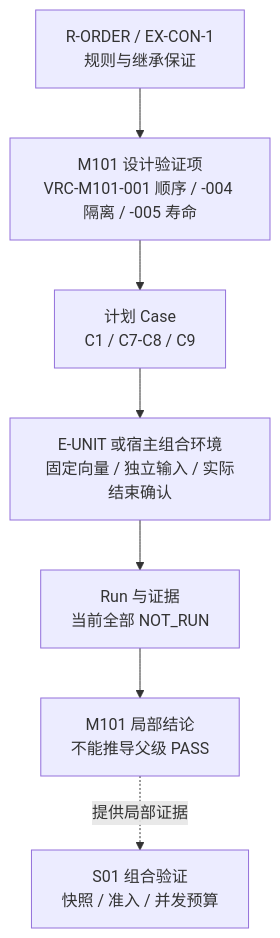
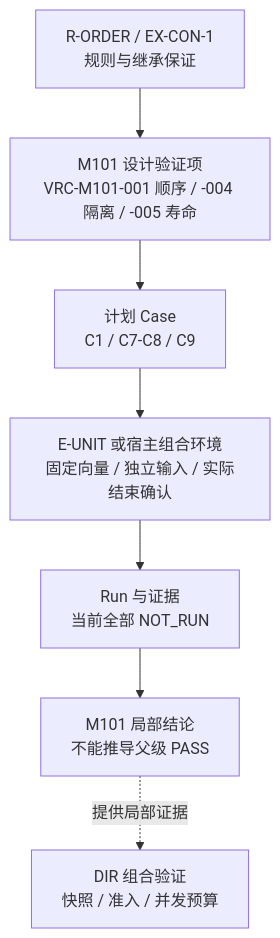
Diagram 11 of 11 in templates/design/design-definition.md (corezilla/STD), drawn with Mermaid before and after one commit. The commit also changed other lines of this file and 18 other files, not shown here.

````diff
--- a/templates/design/design-definition.md
+++ b/templates/design/design-definition.md
@@ -2038,9 +2038,9 @@
 ```mermaid
 flowchart TB
     R["R-ORDER / EX-CON-1<br/>规则与继承保证"] --> V["M101 设计验证项<br/>VRC-M101-001 顺序 / -004 隔离 / -005 寿命"]
     V --> C["计划 Case<br/>C1 / C7-C8 / C9"]
     C --> E["E-UNIT 或宿主组合环境<br/>固定向量 / 独立输入 / 实际结束确认"]
     E --> U["Run 与证据<br/>当前全部 NOT_RUN"]
     U --> L["M101 局部结论<br/>不能推导父级 PASS"]
-    L -. 提供局部证据 .-> P["S01 组合验证<br/>快照 / 准入 / 并发预算"]
+    L -. 提供局部证据 .-> P["DIR 组合验证<br/>快照 / 准入 / 并发预算"]
 ```
````
